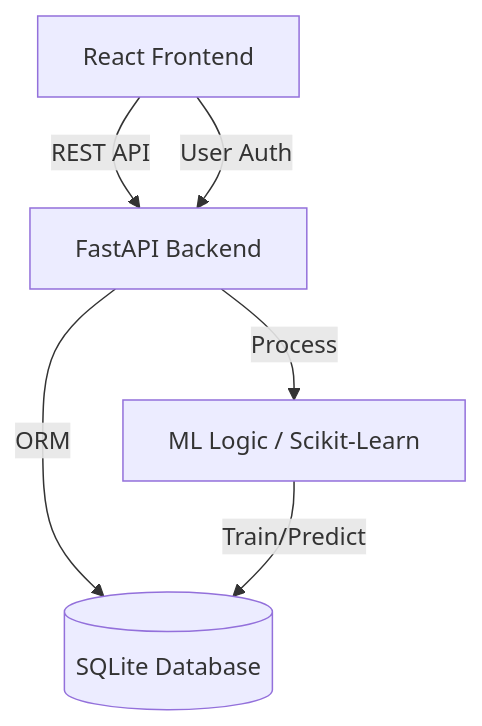
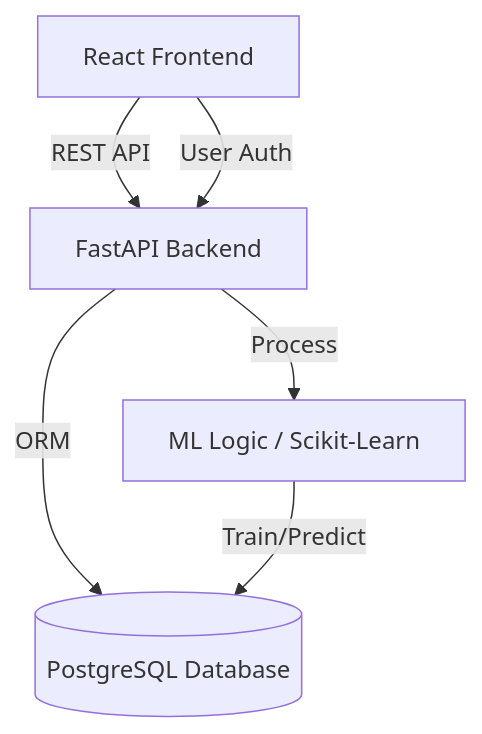
One commit to Sahaj2310/Revenue-Operations-Analytics-Platform changed the diagram in README.md. Above: the diagram before and after it, drawn with Mermaid. The commit also changed other lines of this file, not shown here.

Commit message:
docs: correct database documentation to PostgreSQL

````diff
--- a/README.md
+++ b/README.md
@@ -17,8 +17,8 @@
 ```mermaid
 graph TD
     Client[React Frontend] -->|REST API| API[FastAPI Backend]
-    API -->|ORM| DB[(SQLite Database)]
+    API -->|ORM| DB[(PostgreSQL Database)]
     API -->|Process| ML[ML Logic / Scikit-Learn]
     ML -->|Train/Predict| DB
     Client -->|User Auth| API
 ```
````
